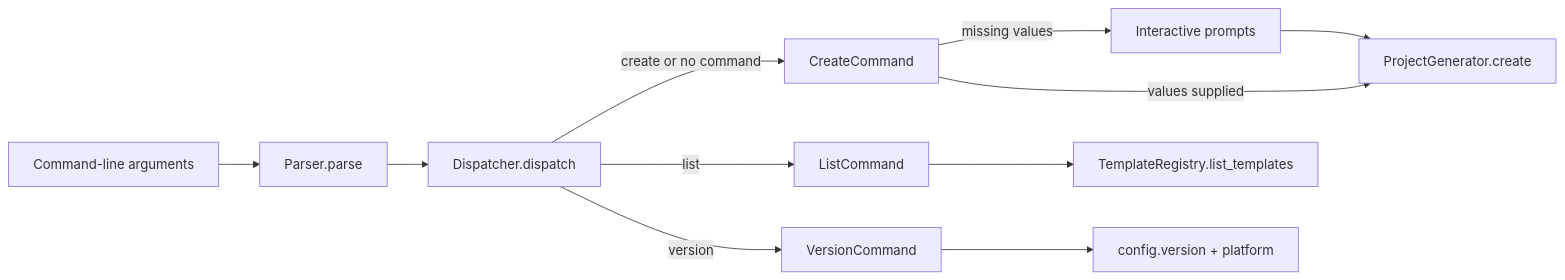
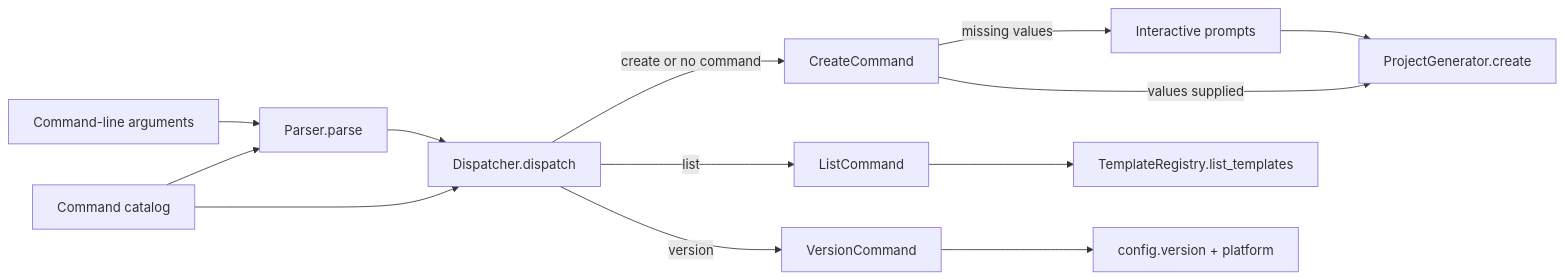
The second of 3 diagrams in ARCHITECTURE.md (rendyzou89/ForgePy), drawn with Mermaid before and after one commit. The commit also changed other lines of this file and 23 other files, not shown here.

Commit message:
feat(cli): stabilize command architecture

````diff
--- a/ARCHITECTURE.md
+++ b/ARCHITECTURE.md
@@ -112,13 +127,15 @@
 ```mermaid
 flowchart LR
     Args[Command-line arguments] --> Parse[Parser.parse]
+    Catalog[Command catalog] --> Parse
     Parse --> Dispatch[Dispatcher.dispatch]
+    Catalog --> Dispatch
     Dispatch -->|create or no command| Create[CreateCommand]
     Dispatch -->|list| List[ListCommand]
     Dispatch -->|version| Version[VersionCommand]
     Create -->|missing values| Prompt[Interactive prompts]
     Prompt --> Generator[ProjectGenerator.create]
     Create -->|values supplied| Generator
     List --> Registry[TemplateRegistry.list_templates]
     Version --> Metadata[config.version + platform]
 ```
````
